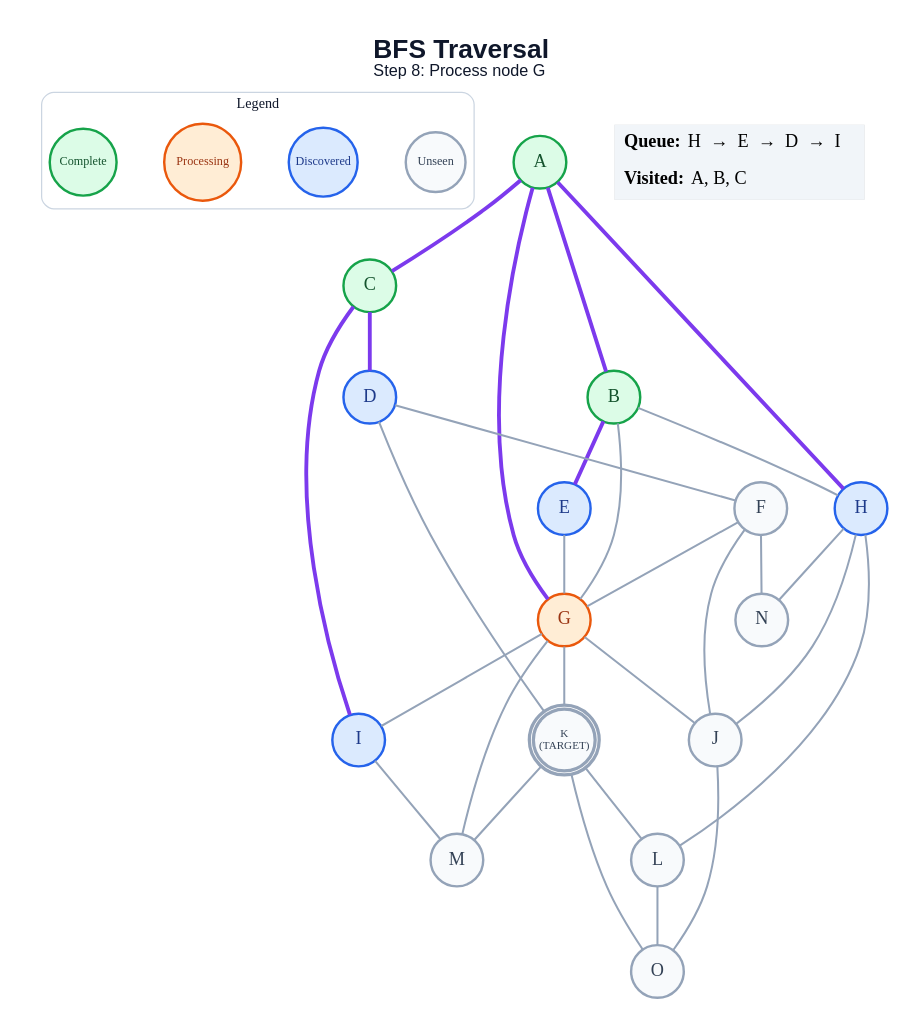
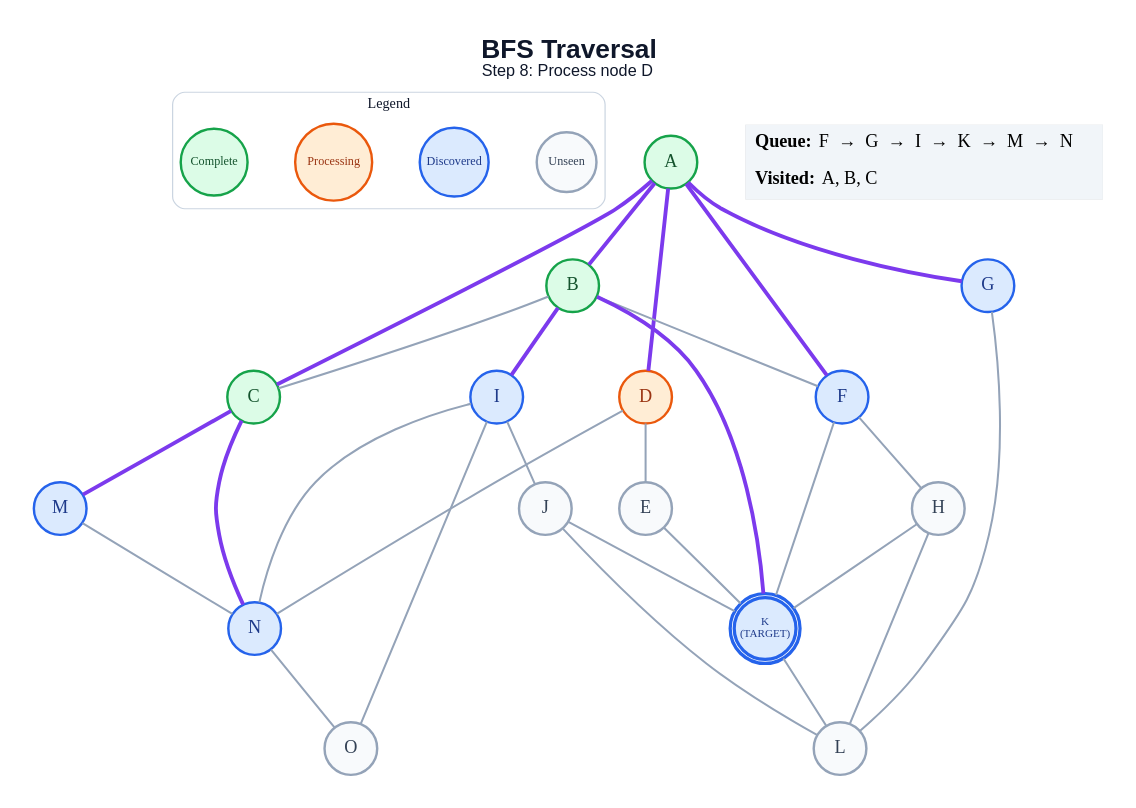
The diagram in generated/bfs/step_08.dot (anon7238593-create/ai-slop), drawn with Graphviz before and after one commit. The commit also changed 253 other files, not shown here.

```diff
--- a/generated/bfs/step_08.dot
+++ b/generated/bfs/step_08.dot
@@ -1,62 +1,61 @@
 graph traversal {
   graph [layout=dot, rankdir=TB, bgcolor="#FFFFFF", pad="0.35", nodesep="0.65", ranksep="0.8", fontname="Arial"];
   node [shape=circle, style="filled", fontname="Arial Bold", fontsize=18, width=0.72, fixedsize=true, penwidth=2.4];
   edge [color="#94A3B8", penwidth=2.0];
-  label=<<B>BFS Traversal</B><BR/><FONT POINT-SIZE="16">Step 8: Process node G</FONT>>; labelloc="t"; fontsize=26; fontname="Arial"; fontcolor="#0F172A";
+  label=<<B>BFS Traversal</B><BR/><FONT POINT-SIZE="16">Step 8: Process node D</FONT>>; labelloc="t"; fontsize=26; fontname="Arial"; fontcolor="#0F172A";
   subgraph cluster_legend { label="Legend"; color="#CBD5E1"; penwidth=1.2; style="rounded"; fontsize=14; fontname="Arial Bold";
     key_unseen [label="Unseen", fillcolor="#F8FAFC", color="#94A3B8", fontcolor="#334155", fontsize=12, width=0.82];
     key_frontier [label="Discovered", fillcolor="#DBEAFE", color="#2563EB", fontcolor="#1E3A8A", fontsize=12, width=0.95];
     key_current [label="Processing", fillcolor="#FFEDD5", color="#EA580C", fontcolor="#9A3412", fontsize=12, width=1.05];
     key_done [label="Complete", fillcolor="#DCFCE7", color="#16A34A", fontcolor="#14532D", fontsize=12, width=0.92];
     { rank=same; key_unseen; key_frontier; key_current; key_done; }
   }
   A [label="A", fillcolor="#DCFCE7", color="#16A34A", fontcolor="#14532D", peripheries=1, penwidth=2.4];
   B [label="B", fillcolor="#DCFCE7", color="#16A34A", fontcolor="#14532D", peripheries=1, penwidth=2.4];
   C [label="C", fillcolor="#DCFCE7", color="#16A34A", fontcolor="#14532D", peripheries=1, penwidth=2.4];
-  D [label="D", fillcolor="#DBEAFE", color="#2563EB", fontcolor="#1E3A8A", peripheries=1, penwidth=2.4];
-  E [label="E", fillcolor="#DBEAFE", color="#2563EB", fontcolor="#1E3A8A", peripheries=1, penwidth=2.4];
-  F [label="F", fillcolor="#F8FAFC", color="#94A3B8", fontcolor="#334155", peripheries=1, penwidth=2.4];
-  G [label="G", fillcolor="#FFEDD5", color="#EA580C", fontcolor="#9A3412", peripheries=1, penwidth=2.4];
-  H [label="H", fillcolor="#DBEAFE", color="#2563EB", fontcolor="#1E3A8A", peripheries=1, penwidth=2.4];
+  D [label="D", fillcolor="#FFEDD5", color="#EA580C", fontcolor="#9A3412", peripheries=1, penwidth=2.4];
+  E [label="E", fillcolor="#F8FAFC", color="#94A3B8", fontcolor="#334155", peripheries=1, penwidth=2.4];
+  F [label="F", fillcolor="#DBEAFE", color="#2563EB", fontcolor="#1E3A8A", peripheries=1, penwidth=2.4];
+  G [label="G", fillcolor="#DBEAFE", color="#2563EB", fontcolor="#1E3A8A", peripheries=1, penwidth=2.4];
+  H [label="H", fillcolor="#F8FAFC", color="#94A3B8", fontcolor="#334155", peripheries=1, penwidth=2.4];
   I [label="I", fillcolor="#DBEAFE", color="#2563EB", fontcolor="#1E3A8A", peripheries=1, penwidth=2.4];
   J [label="J", fillcolor="#F8FAFC", color="#94A3B8", fontcolor="#334155", peripheries=1, penwidth=2.4];
-  K [label="K\n(TARGET)", fillcolor="#F8FAFC", color="#94A3B8", fontcolor="#334155", peripheries=2, penwidth=3.2, fontsize=11, width=0.85, height=0.85];
+  K [label="K\n(TARGET)", fillcolor="#DBEAFE", color="#2563EB", fontcolor="#1E3A8A", peripheries=2, penwidth=3.2, fontsize=11, width=0.85, height=0.85];
   L [label="L", fillcolor="#F8FAFC", color="#94A3B8", fontcolor="#334155", peripheries=1, penwidth=2.4];
-  M [label="M", fillcolor="#F8FAFC", color="#94A3B8", fontcolor="#334155", peripheries=1, penwidth=2.4];
-  N [label="N", fillcolor="#F8FAFC", color="#94A3B8", fontcolor="#334155", peripheries=1, penwidth=2.4];
+  M [label="M", fillcolor="#DBEAFE", color="#2563EB", fontcolor="#1E3A8A", peripheries=1, penwidth=2.4];
+  N [label="N", fillcolor="#DBEAFE", color="#2563EB", fontcolor="#1E3A8A", peripheries=1, penwidth=2.4];
   O [label="O", fillcolor="#F8FAFC", color="#94A3B8", fontcolor="#334155", peripheries=1, penwidth=2.4];
   A -- B [color="#7C3AED", penwidth=3.8];
   A -- C [color="#7C3AED", penwidth=3.8];
+  A -- D [color="#7C3AED", penwidth=3.8];
+  A -- F [color="#7C3AED", penwidth=3.8];
   A -- G [color="#7C3AED", penwidth=3.8];
-  A -- H [color="#7C3AED", penwidth=3.8];
-  B -- E [color="#7C3AED", penwidth=3.8];
-  B -- G;
-  B -- H;
-  C -- D [color="#7C3AED", penwidth=3.8];
-  C -- I [color="#7C3AED", penwidth=3.8];
-  D -- F;
-  D -- K;
-  E -- G;
-  F -- G;
-  F -- J;
-  F -- N;
-  G -- I;
-  G -- J;
-  G -- K;
-  G -- M;
-  H -- J;
+  B -- C;
+  B -- F;
+  B -- I [color="#7C3AED", penwidth=3.8];
+  B -- K [color="#7C3AED", penwidth=3.8];
+  C -- M [color="#7C3AED", penwidth=3.8];
+  C -- N [color="#7C3AED", penwidth=3.8];
+  D -- E;
+  D -- N;
+  E -- K;
+  F -- H;
+  F -- K;
+  G -- L;
+  H -- K;
   H -- L;
-  H -- N;
-  I -- M;
-  J -- O;
+  I -- J;
+  I -- N;
+  I -- O;
+  J -- K;
+  J -- L;
   K -- L;
-  K -- M;
-  K -- O;
-  L -- O;
+  M -- N;
+  N -- O;
   status [shape=plain, fixedsize=false, width=0, height=0, margin=0, label=<
     <TABLE BORDER="0" CELLBORDER="0" CELLPADDING="7" BGCOLOR="#F1F5F9">
-      <TR><TD ALIGN="LEFT"><B>Queue:</B> H  →  E  →  D  →  I</TD></TR>
+      <TR><TD ALIGN="LEFT"><B>Queue:</B> F  →  G  →  I  →  K  →  M  →  N</TD></TR>
       <TR><TD ALIGN="LEFT"><B>Visited:</B> A, B, C</TD></TR>
     </TABLE>
   >];
 }
```
